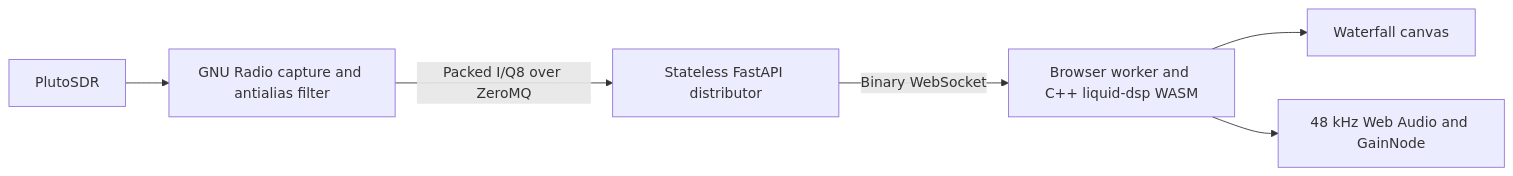
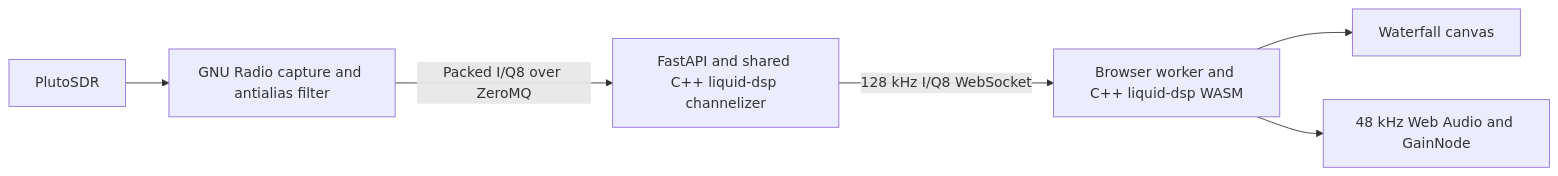
The diagram in README.md (Biblink02/WebSDR-Transceiver), drawn with Mermaid before and after one commit. The commit also changed other lines of this file and 32 other files, not shown here.

````diff
--- a/README.md
+++ b/README.md
@@ -7,8 +8,8 @@
 ```mermaid
 flowchart LR
     Pluto[PlutoSDR] --> SDR[GNU Radio capture and antialias filter]
-    SDR -->|Packed I/Q8 over ZeroMQ| Backend[Stateless FastAPI distributor]
-    Backend -->|Binary WebSocket| Worker[Browser worker and C++ liquid-dsp WASM]
+    SDR -->|Packed I/Q8 over ZeroMQ| Backend[FastAPI and shared C++ liquid-dsp channelizer]
+    Backend -->|128 kHz I/Q8 WebSocket| Worker[Browser worker and C++ liquid-dsp WASM]
     Worker --> Waterfall[Waterfall canvas]
     Worker --> Audio[48 kHz Web Audio and GainNode]
 ```
````
